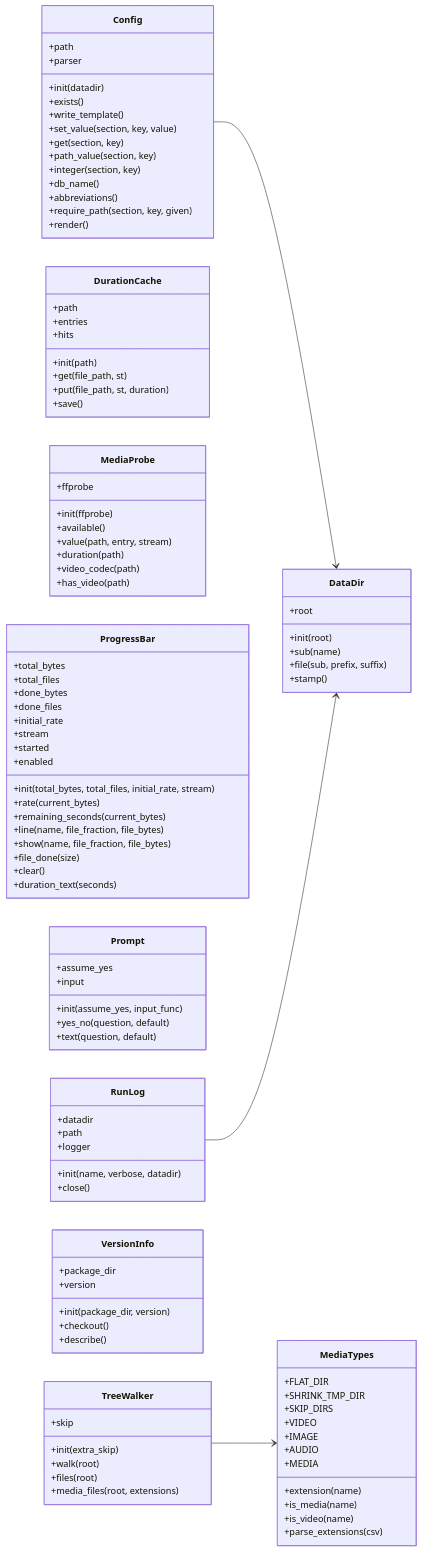
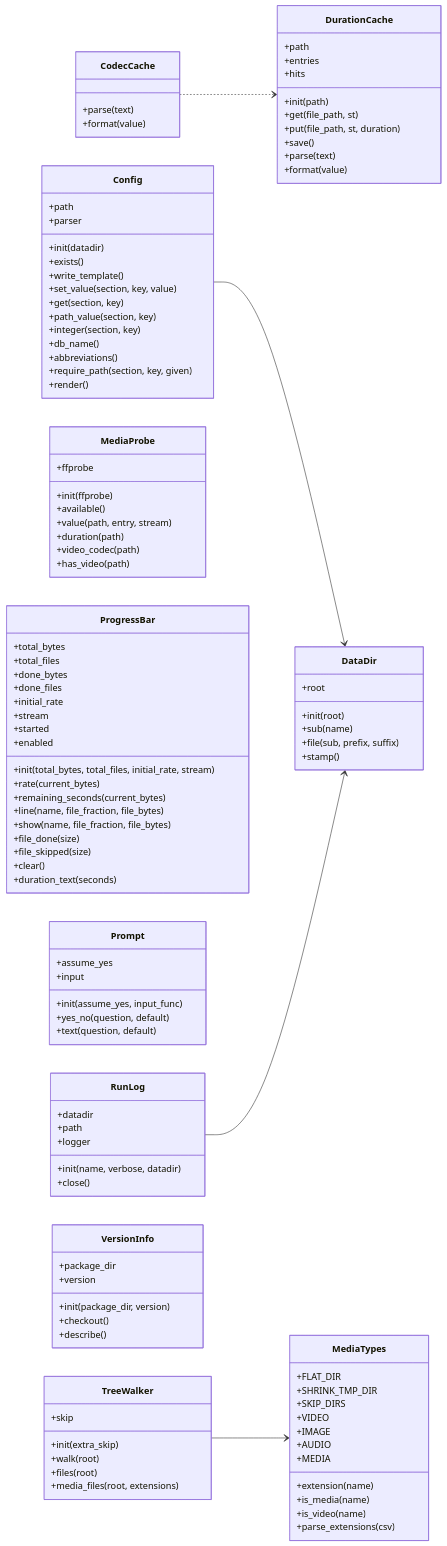
Before and after one commit to peddanet/mediatools: the diagram in docs/img/uml_core.mmd, drawn with Mermaid. The commit also changed 15 other files, not shown here.

```diff
--- a/docs/img/uml_core.mmd
+++ b/docs/img/uml_core.mmd
@@ -1,104 +1,112 @@
 classDiagram
   direction LR
+  class CodecCache {
+    +parse(text)
+    +format(value)
+  }
   class Config {
     +path
     +parser
     +init(datadir)
     +exists()
     +write_template()
     +set_value(section, key, value)
     +get(section, key)
     +path_value(section, key)
     +integer(section, key)
     +db_name()
     +abbreviations()
     +require_path(section, key, given)
     +render()
   }
   class DataDir {
     +root
     +init(root)
     +sub(name)
     +file(sub, prefix, suffix)
     +stamp()
   }
   class DurationCache {
     +path
     +entries
     +hits
     +init(path)
     +get(file_path, st)
     +put(file_path, st, duration)
     +save()
+    +parse(text)
+    +format(value)
   }
   class MediaTypes {
     +FLAT_DIR
     +SHRINK_TMP_DIR
     +SKIP_DIRS
     +VIDEO
     +IMAGE
     +AUDIO
     +MEDIA
     +extension(name)
     +is_media(name)
     +is_video(name)
     +parse_extensions(csv)
   }
   class MediaProbe {
     +ffprobe
     +init(ffprobe)
     +available()
     +value(path, entry, stream)
     +duration(path)
     +video_codec(path)
     +has_video(path)
   }
   class ProgressBar {
     +total_bytes
     +total_files
     +done_bytes
     +done_files
     +initial_rate
     +stream
     +started
     +enabled
     +init(total_bytes, total_files, initial_rate, stream)
     +rate(current_bytes)
     +remaining_seconds(current_bytes)
     +line(name, file_fraction, file_bytes)
     +show(name, file_fraction, file_bytes)
     +file_done(size)
+    +file_skipped(size)
     +clear()
     +duration_text(seconds)
   }
   class Prompt {
     +assume_yes
     +input
     +init(assume_yes, input_func)
     +yes_no(question, default)
     +text(question, default)
   }
   class RunLog {
     +datadir
     +path
     +logger
     +init(name, verbose, datadir)
     +close()
   }
   class VersionInfo {
     +package_dir
     +version
     +init(package_dir, version)
     +checkout()
     +describe()
   }
   class TreeWalker {
     +skip
     +init(extra_skip)
     +walk(root)
     +files(root)
     +media_files(root, extensions)
   }
+  CodecCache ..> DurationCache
   Config --> DataDir
   RunLog --> DataDir
   TreeWalker --> MediaTypes
```
